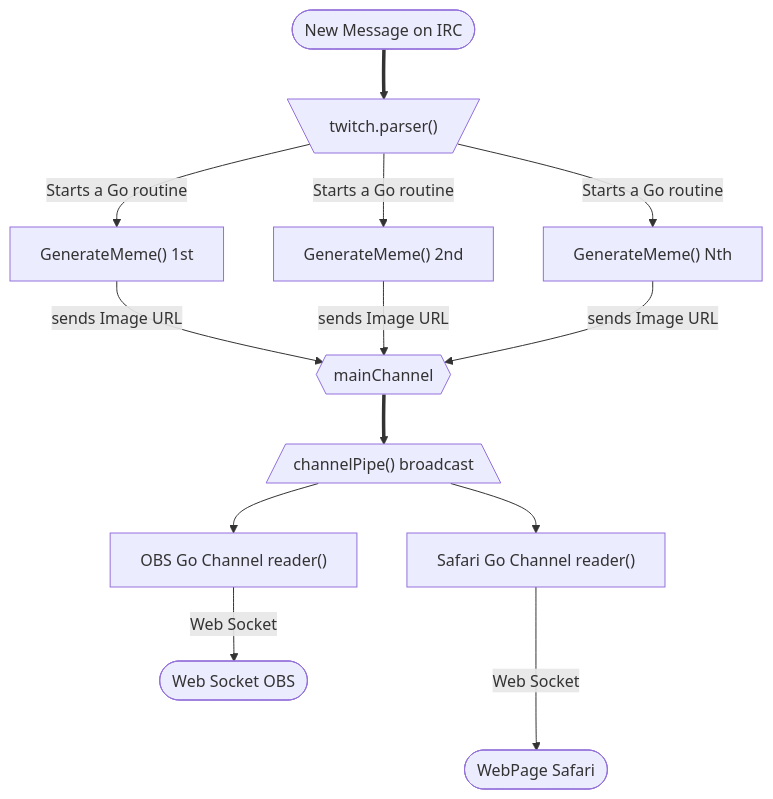
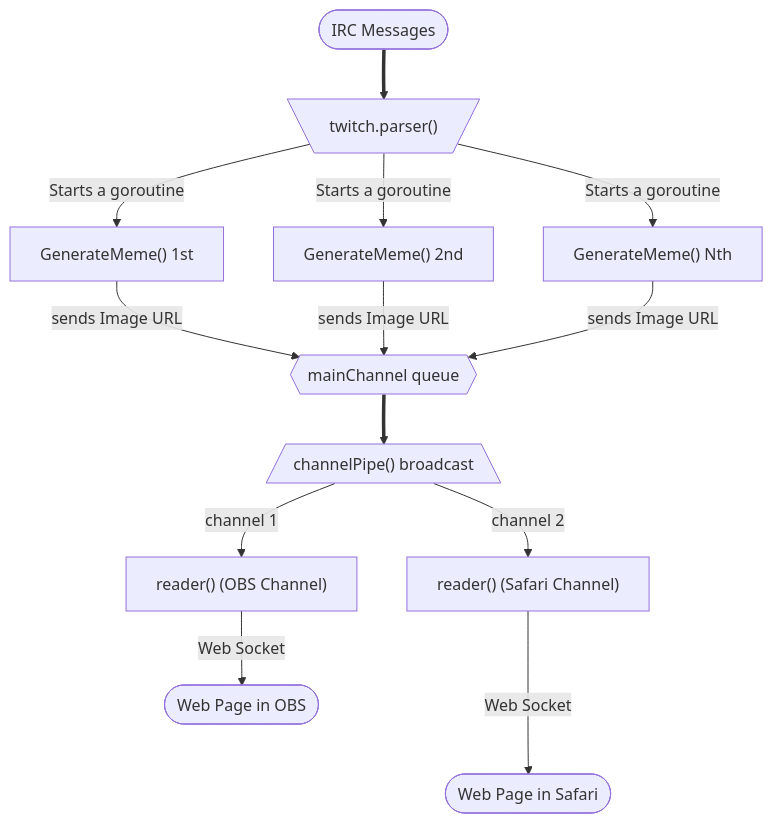
One commit to koalalorenzo/blog changed the diagram in content/posts/202112-twitch-meme-bot.md. Above: the diagram before and after it, drawn with Mermaid.

Commit message:
fixes typos in the graph

```diff
--- a/content/posts/202112-twitch-meme-bot.md
+++ b/content/posts/202112-twitch-meme-bot.md
@@ -91,22 +91,22 @@
 {{< mermaid >}}
 flowchart TD;
   TPar[\"twitch.parser()"/];
   IGa["GenerateMeme() 1st"];
   IGb["GenerateMeme() 2nd"];
   IGn["GenerateMeme() Nth"];
-  MainChannel{{"mainChannel"}};
+  MainChannel{{"mainChannel queue"}};
   WBC[/"channelPipe() broadcast"\];
 
-  NMSG([New Message on IRC]) ==> TPar;
-  TPar-- Starts a Go routine -->IGa;
-  TPar-- Starts a Go routine -->IGb;
-  TPar-- Starts a Go routine -->IGn;
+  NMSG([IRC Messages]) ==> TPar;
+  TPar-- Starts a goroutine -->IGa;
+  TPar-- Starts a goroutine -->IGb;
+  TPar-- Starts a goroutine -->IGn;
   IGa-- sends Image URL-->MainChannel;
   IGb-- sends Image URL -->MainChannel;
   IGn-- sends Image URL -->MainChannel;
   MainChannel==>WBC;
-  WBC-->wsChannela["OBS Go Channel reader()"];
-  WBC-->wsChannelb["Safari Go Channel reader()"];
-  wsChannela-- Web Socket -->B(["Web Socket OBS"]);
-  wsChannelb-- Web Socket --->C(["WebPage Safari"]);
+  WBC--"channel 1"-->wsChannela["reader() (OBS Channel)"];
+  WBC--"channel 2"-->wsChannelb["reader() (Safari Channel)"];
+  wsChannela-- Web Socket -->B(["Web Page in OBS"]);
+  wsChannelb-- Web Socket --->C(["Web Page in Safari"]);
 {{< /mermaid >}}
```
